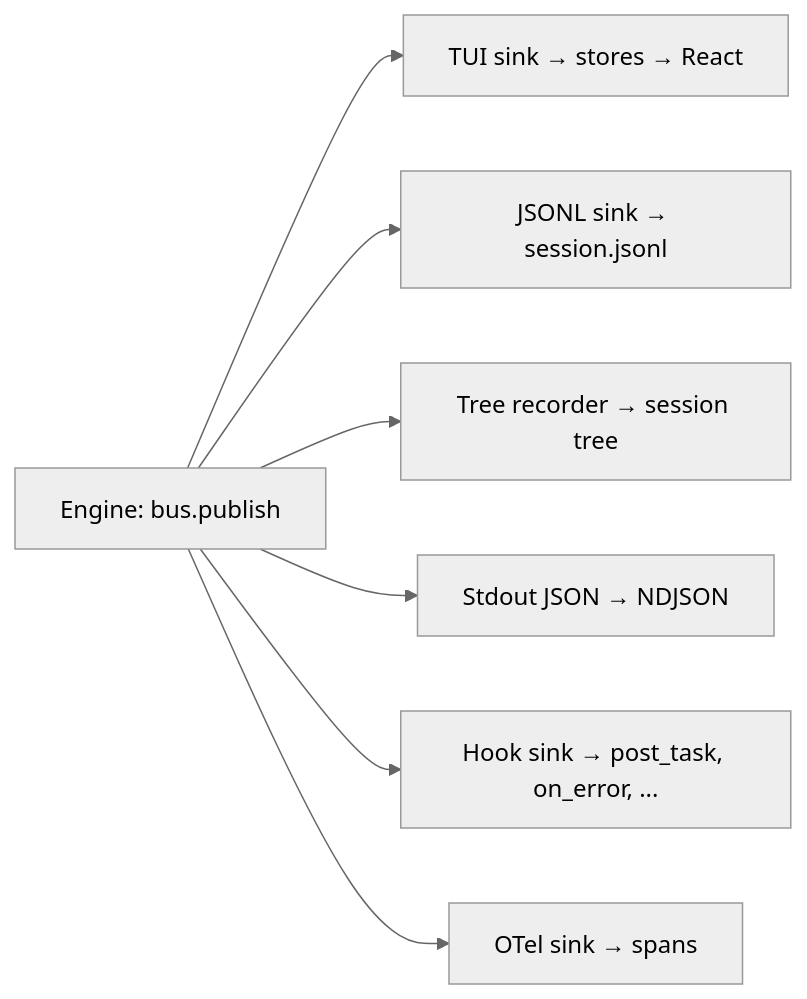
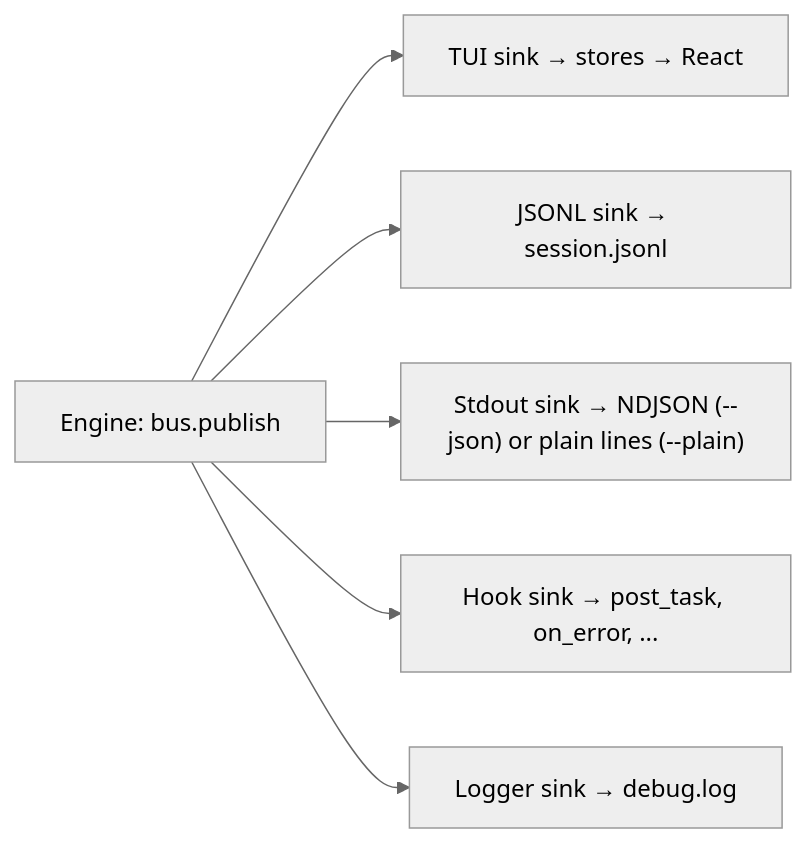
The second of 2 diagrams in docs/ENGINE.md (b4r7x/splitbrief), drawn with Mermaid (neutral theme) before and after one commit. The commit also changed other lines of this file and 1081 other files, not shown here.

````diff
--- a/docs/ENGINE.md
+++ b/docs/ENGINE.md
@@ -141,9 +140,8 @@
 ```mermaid
 flowchart LR
   E[Engine: bus.publish] --> T[TUI sink → stores → React]
   E --> J[JSONL sink → session.jsonl]
-  E --> TR[Tree recorder → session tree]
-  E --> S[Stdout JSON → NDJSON]
+  E --> S["Stdout sink → NDJSON (--json) or plain lines (--plain)"]
   E --> H[Hook sink → post_task, on_error, ...]
-  E --> O[OTel sink → spans]
+  E --> L[Logger sink → debug.log]
 ```
````
